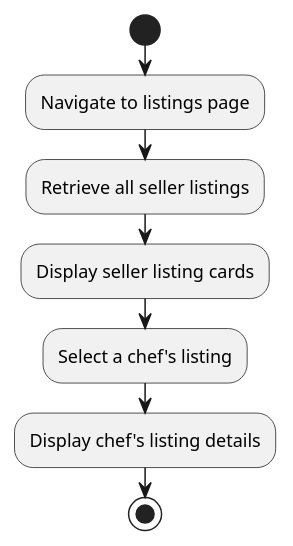
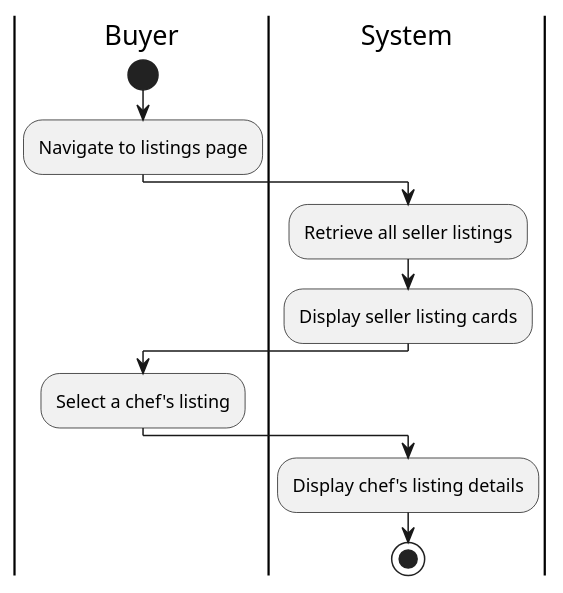
One commit to micahbaumann/CS-5800-Project-Micah-UML changed the diagram in 2_SearchChefsActivity.puml. Above: the diagram before and after it, drawn with PlantUML. The commit also changed 2 other files, not shown here.

Commit message:
Add usecase #3 for Activity and Sequence.

```diff
--- a/2_SearchChefsActivity.puml
+++ b/2_SearchChefsActivity.puml
@@ -1,14 +1,20 @@
 @startuml
 'https://plantuml.com/activity-diagram-beta
 
+|Buyer|
 start
+:Navigate to listings page;
 
-:Navigate to listings page;
+|System|
 :Retrieve all seller listings;
 :Display seller listing cards;
+
+|Buyer|
 :Select a chef's listing;
+
+|System|
 :Display chef's listing details;
 
 stop
 
 @enduml
```
